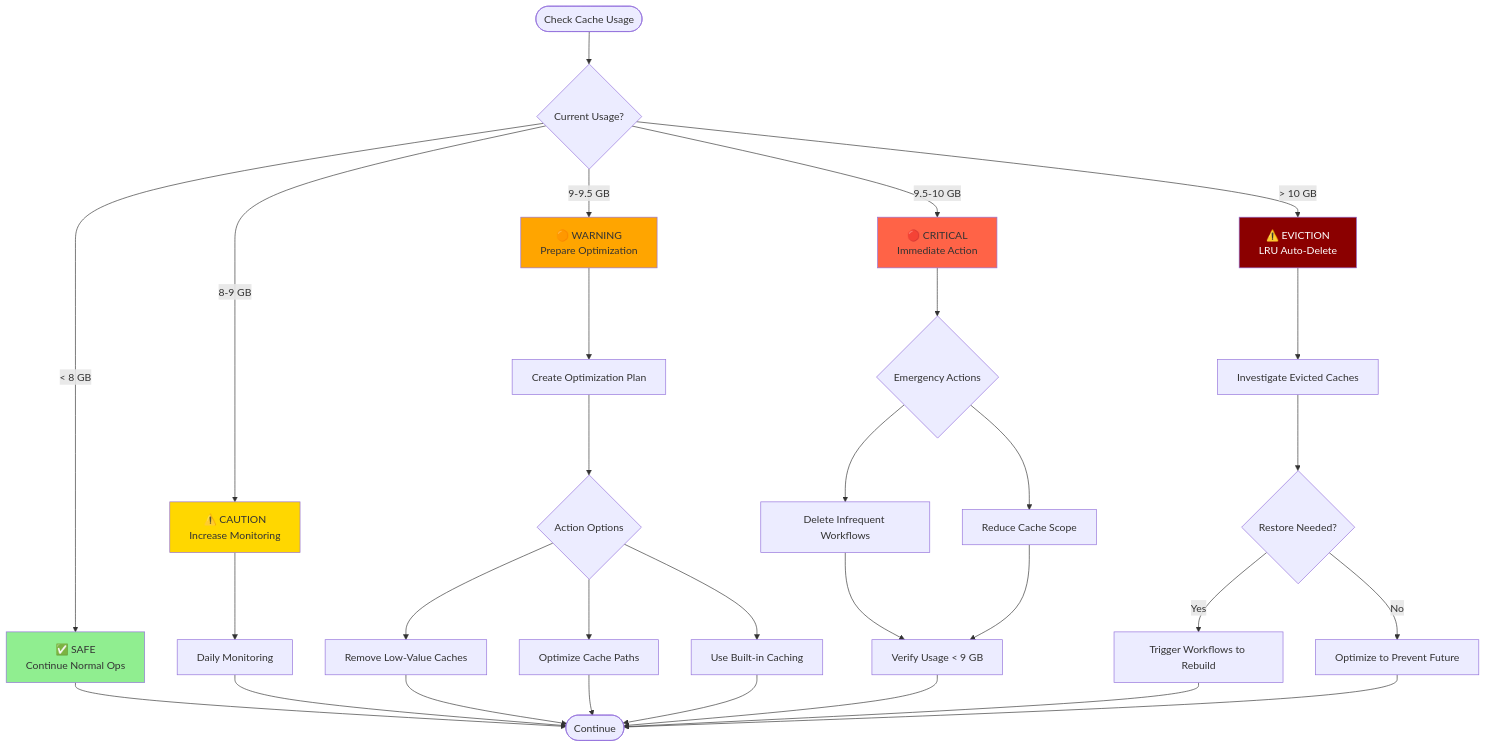
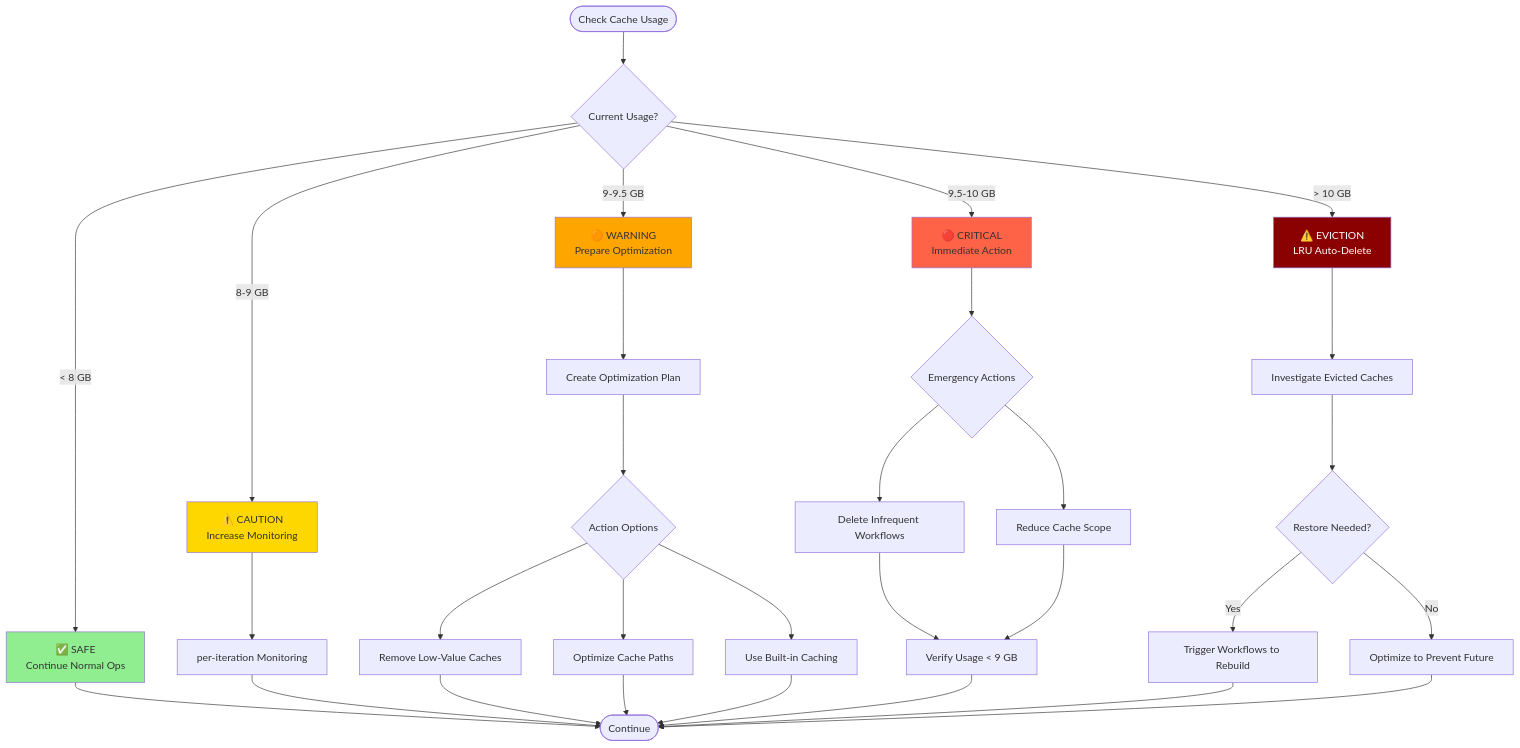
One commit to Aries-Serpent/_codex_ changed the tenth of 11 diagrams in .github/workflows/CACHE_WORKFLOW_DIAGRAMS.md. Above: the diagram before and after it, drawn with Mermaid. The commit also changed other lines of this file and 659 other files, not shown here.

````diff
--- a/.github/workflows/CACHE_WORKFLOW_DIAGRAMS.md
+++ b/.github/workflows/CACHE_WORKFLOW_DIAGRAMS.md
@@ -342,44 +342,44 @@
 ```mermaid
 flowchart TD
     Start([Check Cache Usage]) --> Check{Current Usage?}
     
     Check -->|< 8 GB| Safe[✅ SAFE<br/>Continue Normal Ops]
     Check -->|8-9 GB| Caution[⚠️ CAUTION<br/>Increase Monitoring]
     Check -->|9-9.5 GB| Warning[🟠 WARNING<br/>Prepare Optimization]
     Check -->|9.5-10 GB| Critical[🔴 CRITICAL<br/>Immediate Action]
     Check -->|> 10 GB| Eviction[⚠️ EVICTION<br/>LRU Auto-Delete]
     
     Safe --> End([Continue])
     
-    Caution --> Monitor1[Daily Monitoring]
+    Caution --> Monitor1[per-iteration Monitoring]
     Monitor1 --> End
     
     Warning --> Plan[Create Optimization Plan]
     Plan --> Actions{Action Options}
     Actions --> Opt1[Remove Low-Value Caches]
     Actions --> Opt2[Optimize Cache Paths]
     Actions --> Opt3[Use Built-in Caching]
     Opt1 --> End
     Opt2 --> End
     Opt3 --> End
     
     Critical --> Emergency{Emergency Actions}
     Emergency --> Emerg1[Delete Infrequent Workflows]
     Emergency --> Emerg2[Reduce Cache Scope]
     Emerg1 --> Verify[Verify Usage < 9 GB]
     Emerg2 --> Verify
     Verify --> End
     
     Eviction --> Investigate[Investigate Evicted Caches]
     Investigate --> Restore{Restore Needed?}
     Restore -->|Yes| Manual[Trigger Workflows to Rebuild]
     Restore -->|No| Optimize[Optimize to Prevent Future]
     Manual --> End
     Optimize --> End
     
     style Safe fill:#90EE90
     style Caution fill:#FFD700
     style Warning fill:#FFA500
     style Critical fill:#FF6347
     style Eviction fill:#8B0000,color:#FFF
 ```
````
